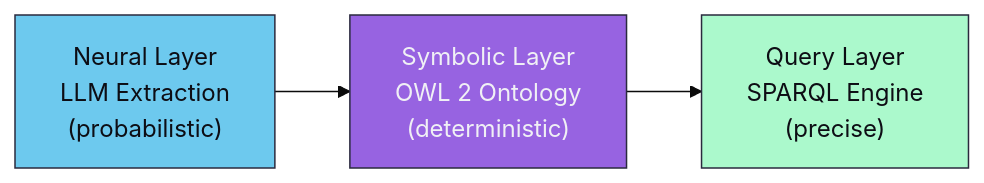
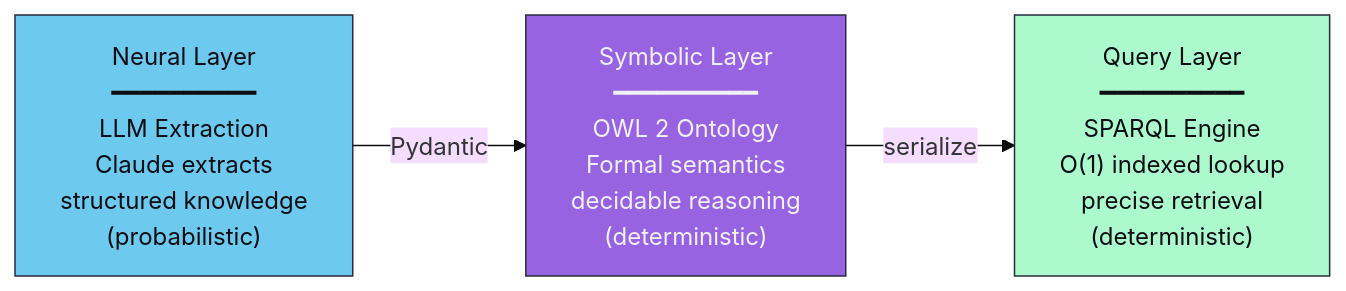
The fourth of 5 diagrams in PHILOSOPHY.md (mareasoftware/ontoclaw), drawn with Mermaid (base theme) before and after one commit. The commit also changed other lines of this file and 1 other file, not shown here.

First line of the commit message:
docs: add detailed explanations to mermaid diagrams

````diff
--- a/PHILOSOPHY.md
+++ b/PHILOSOPHY.md
@@ -124,9 +128,9 @@
 ```mermaid
 flowchart LR
-    NEURAL["Neural Layer<br/>LLM Extraction<br/>(probabilistic)"] --> SYMBOLIC["Symbolic Layer<br/>OWL 2 Ontology<br/>(deterministic)"]
-    SYMBOLIC --> QUERY["Query Layer<br/>SPARQL Engine<br/>(precise)"]
+    NEURAL["Neural Layer<br/>━━━━━━━━━━<br/>LLM Extraction<br/>Claude extracts<br/>structured knowledge<br/>(probabilistic)"] -->|"Pydantic"| SYMBOLIC["Symbolic Layer<br/>━━━━━━━━━━<br/>OWL 2 Ontology<br/>Formal semantics<br/>decidable reasoning<br/>(deterministic)"]
+    SYMBOLIC -->|"serialize"| QUERY["Query Layer<br/>━━━━━━━━━━<br/>SPARQL Engine<br/>O(1) indexed lookup<br/>precise retrieval<br/>(deterministic)"]
 
     style NEURAL fill:#6dc9ee,stroke:#2a2a3e,color:#0d0d14
     style SYMBOLIC fill:#9763e1,stroke:#2a2a3e,color:#f0f0f5
     style QUERY fill:#abf9cc,stroke:#2a2a3e,color:#0d0d14
 ```
````
